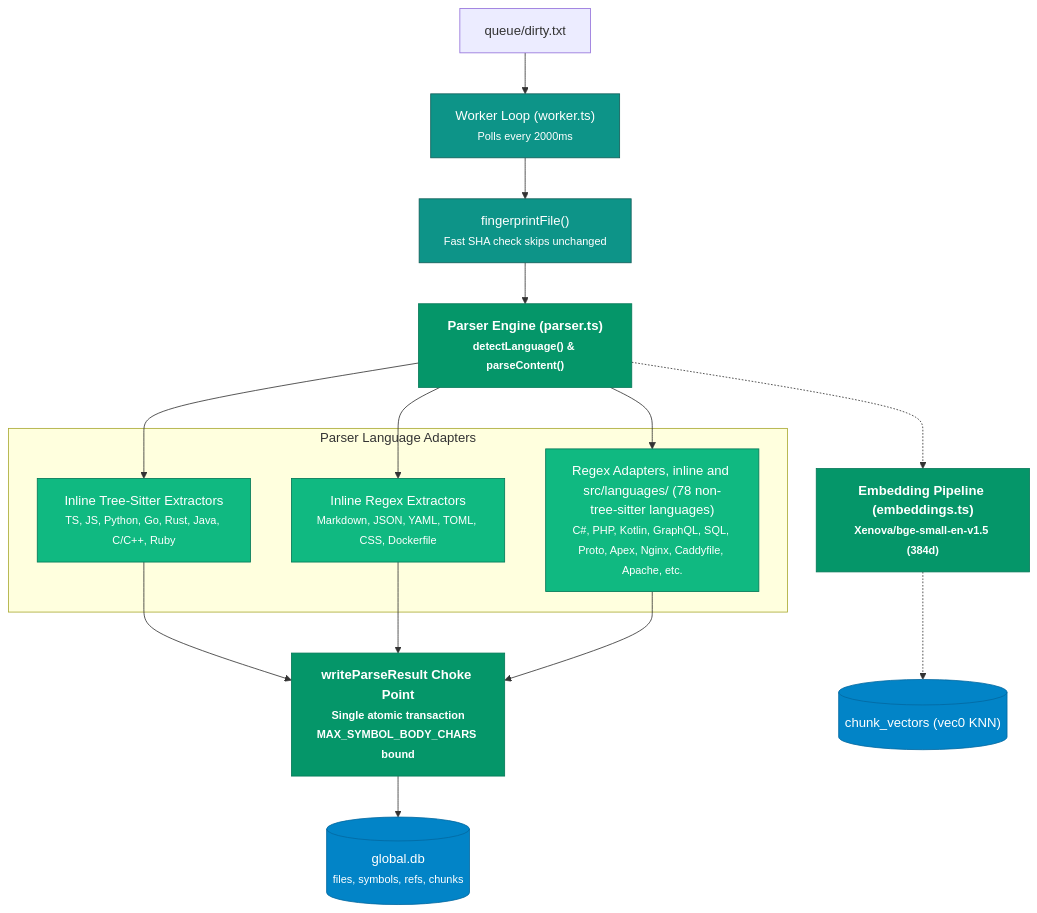
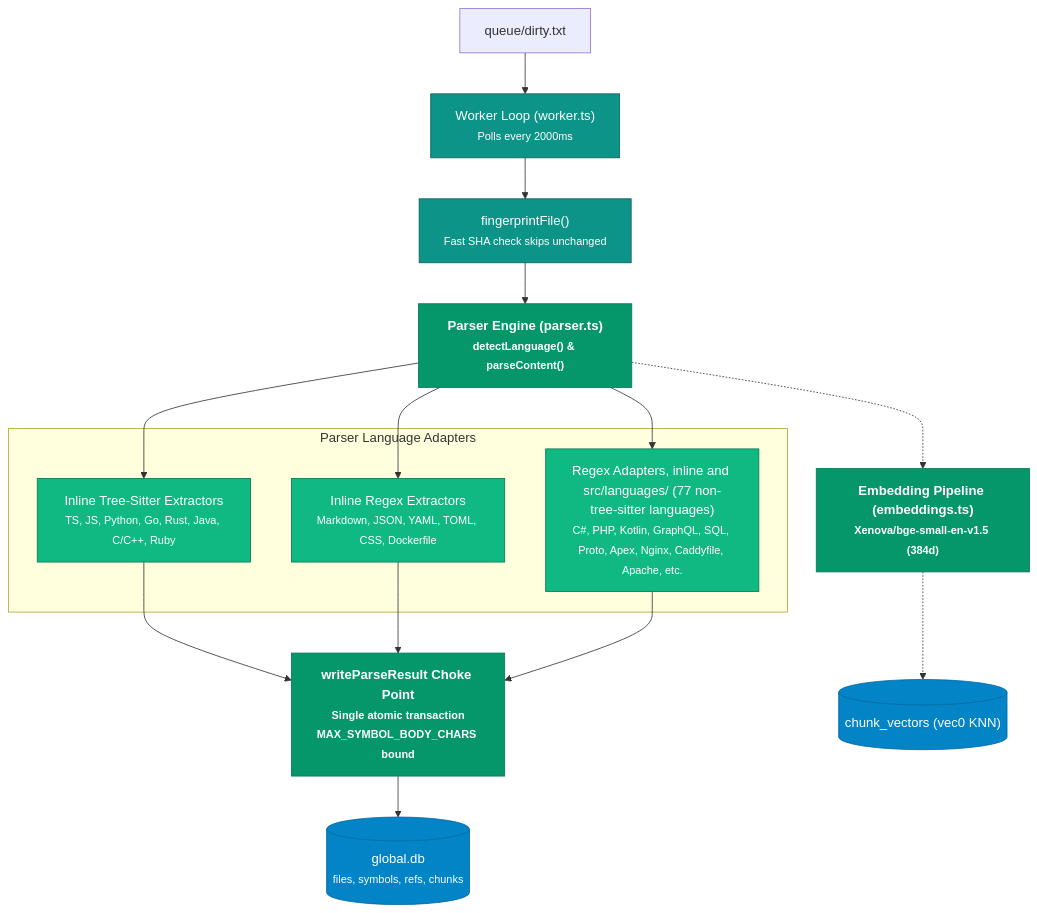
The fourth of 7 diagrams in docs/C4_RUNTIME_ARCHITECTURE.md (DFKHelper/token-goat), drawn with Mermaid before and after one commit. The commit also changed 10 other files, not shown here.

````diff
--- a/docs/C4_RUNTIME_ARCHITECTURE.md
+++ b/docs/C4_RUNTIME_ARCHITECTURE.md
@@ -180,30 +180,30 @@
 ```mermaid
 flowchart TB
     classDef parser fill:#059669,stroke:#047857,color:#ffffff,font-weight:bold;
     classDef worker fill:#0D9488,stroke:#115E59,color:#ffffff;
     classDef adapter fill:#10B981,stroke:#047857,color:#ffffff;
     classDef db fill:#0284C7,stroke:#0369A1,color:#ffffff;
 
     DirtyQueue["queue/dirty.txt"] --> WorkerLoop["Worker Loop (worker.ts)<br/><small>Polls every 2000ms</small>"]:::worker
     WorkerLoop --> Fingerprint["fingerprintFile()<br/><small>Fast SHA check skips unchanged</small>"]:::worker
     Fingerprint --> Parser["Parser Engine (parser.ts)<br/><small>detectLanguage() & parseContent()</small>"]:::parser
 
     subgraph ParserAdapters ["Parser Language Adapters"]
         TreeSitter["Inline Tree-Sitter Extractors<br/><small>TS, JS, Python, Go, Rust, Java, C/C++, Ruby</small>"]:::adapter
         RegexInline["Inline Regex Extractors<br/><small>Markdown, JSON, YAML, TOML, CSS, Dockerfile</small>"]:::adapter
-        LangAdapters["Regex Adapters, inline and src/languages/ (78 non-tree-sitter languages)<br/><small>C#, PHP, Kotlin, GraphQL, SQL, Proto, Apex, Nginx, Caddyfile, Apache, etc.</small>"]:::adapter
+        LangAdapters["Regex Adapters, inline and src/languages/ (77 non-tree-sitter languages)<br/><small>C#, PHP, Kotlin, GraphQL, SQL, Proto, Apex, Nginx, Caddyfile, Apache, etc.</small>"]:::adapter
     end
 
     Parser --> TreeSitter
     Parser --> RegexInline
     Parser --> LangAdapters
 
     TreeSitter --> ChokePoint["writeParseResult Choke Point<br/><small>Single atomic transaction<br/>MAX_SYMBOL_BODY_CHARS bound</small>"]:::parser
     RegexInline --> ChokePoint
     LangAdapters --> ChokePoint
 
     ChokePoint --> GlobalDB[("global.db<br/><small>files, symbols, refs, chunks</small>")]:::db
     
     Parser -.-> Embedder["Embedding Pipeline (embeddings.ts)<br/><small>Xenova/bge-small-en-v1.5 (384d)</small>"]:::parser
     Embedder -.-> VecDB[("chunk_vectors (vec0 KNN)")]:::db
 ```
````
